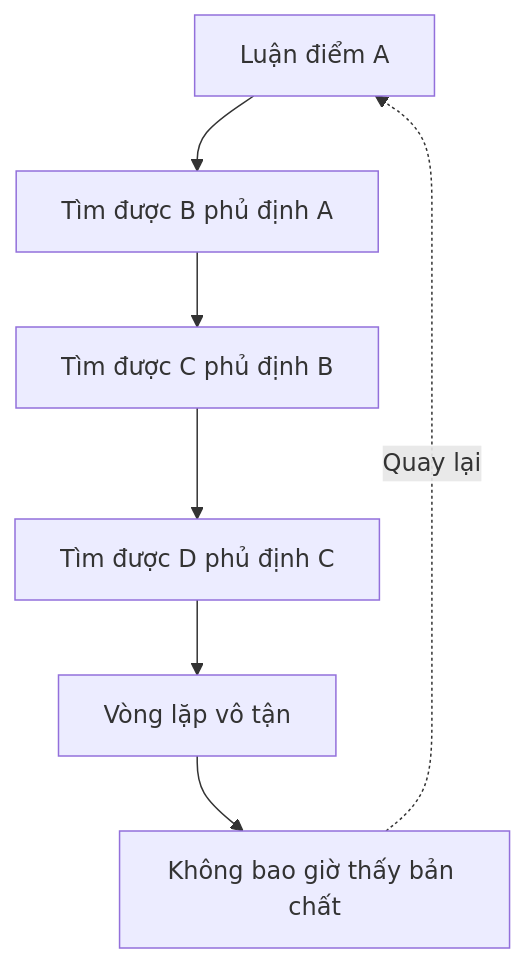
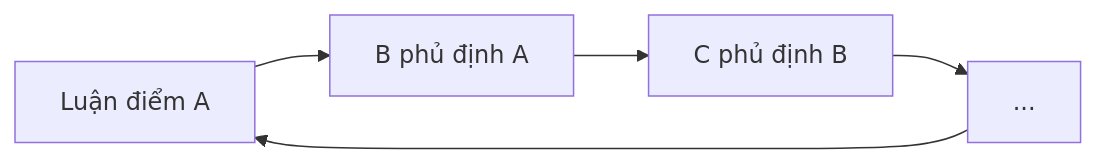
The first of 3 diagrams in esoterica/Nghịch Lý Của Hiểu Biết.md (dyukahi/knowledge), drawn with Mermaid before and after one commit. The commit also changed other lines of this file and 1 other file, not shown here.

````diff
--- a/esoterica/Nghịch Lý Của Hiểu Biết.md
+++ b/esoterica/Nghịch Lý Của Hiểu Biết.md
@@ -18,12 +18,7 @@
 ```mermaid
-flowchart TD
-    A[Luận điểm A]
-    B[Tìm được B phủ định A]
-    C[Tìm được C phủ định B]
-    D[Tìm được D phủ định C]
-    L[Vòng lặp vô tận]
-    N[Không bao giờ thấy bản chất]
-    
-    A --> B --> C --> D --> L --> N
-    N -.->|"Quay lại"| A
+flowchart LR
+    A[Luận điểm A] --> B[B phủ định A]
+    B --> C[C phủ định B]
+    C --> D[...]
+    D --> A
 ```
````
